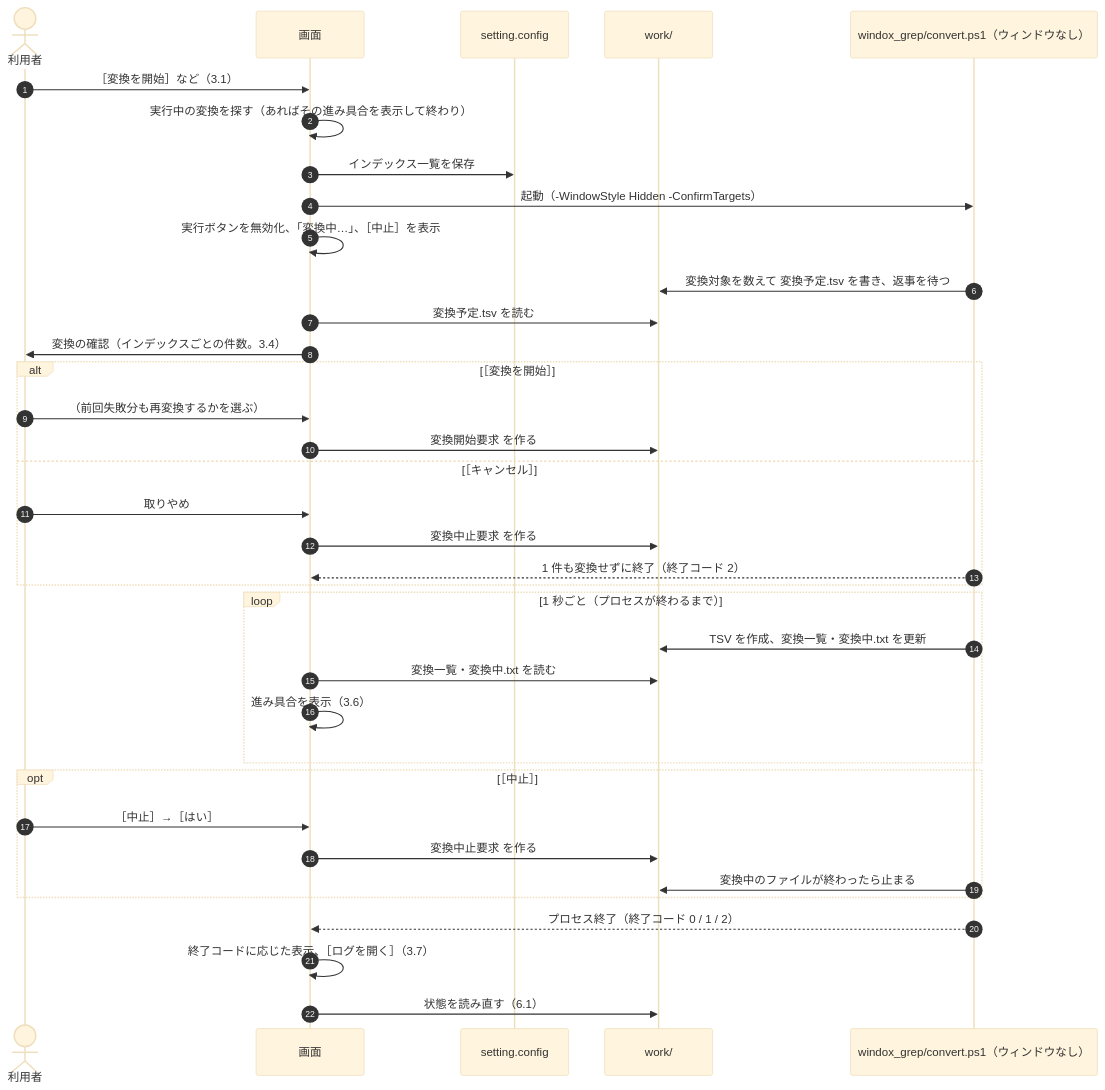
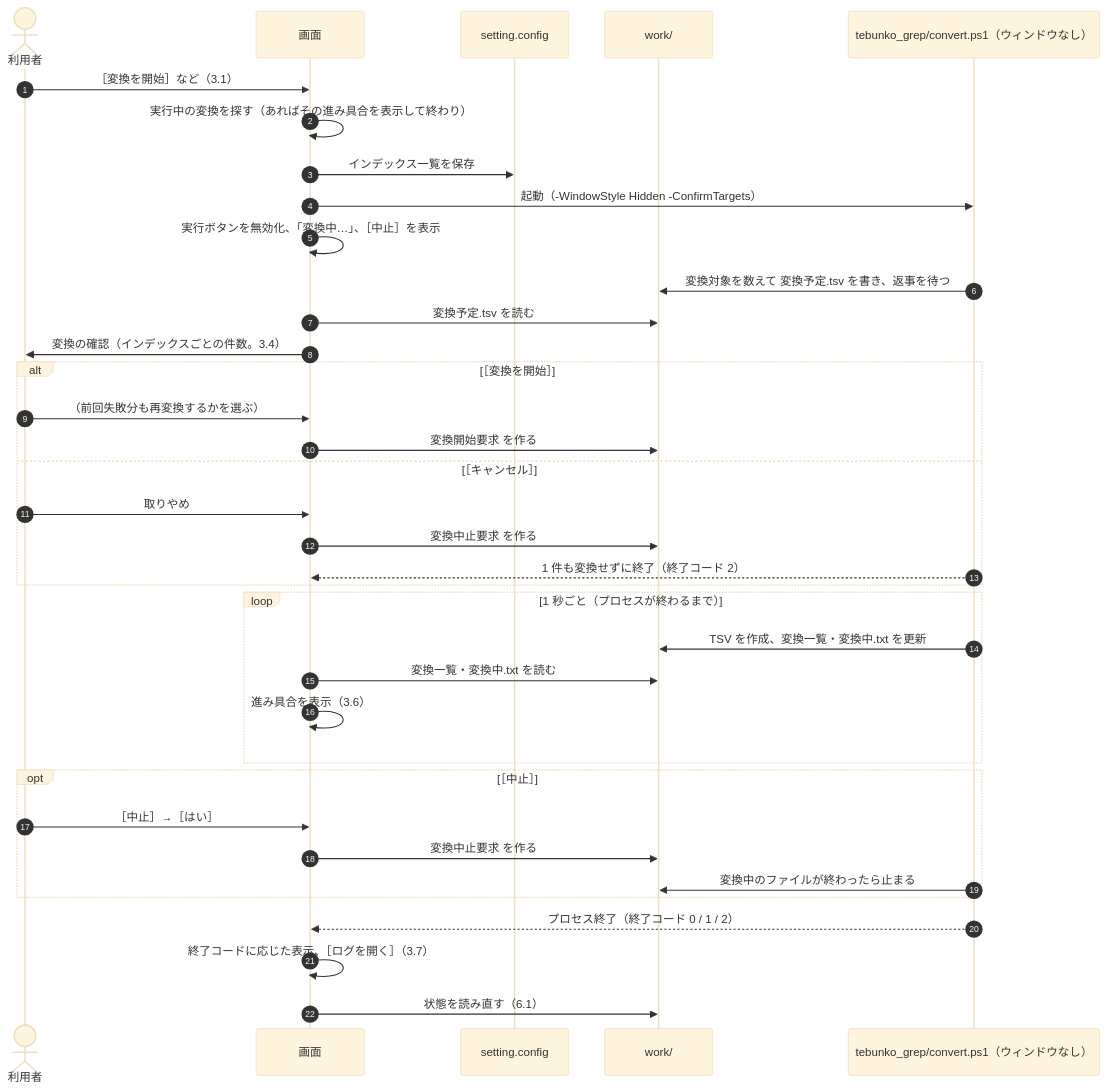
One commit to hsgwa/tebunko changed the third of 4 diagrams in docs/03_画面_4_状態と操作の流れ.md. Above: the diagram before and after it, drawn with Mermaid (base theme). The commit also changed other lines of this file and 108 other files, not shown here.

First line of the commit message:
リポジトリ名を tebunko にし、ツール名を tebunko_grep へ改める

````diff
--- a/docs/03_画面_4_状態と操作の流れ.md
+++ b/docs/03_画面_4_状態と操作の流れ.md
@@ -80,39 +80,39 @@
 ```mermaid
 sequenceDiagram
     autonumber
     actor U as 利用者
     participant G as 画面
     participant C as setting.config
     participant W as work/
-    participant P as windox_grep/convert.ps1（ウィンドウなし）
+    participant P as tebunko_grep/convert.ps1（ウィンドウなし）
 
     U->>G: ［変換を開始］など（3.1）
     G->>G: 実行中の変換を探す（あればその進み具合を表示して終わり）
     G->>C: インデックス一覧を保存
     G->>P: 起動（-WindowStyle Hidden -ConfirmTargets）
     G->>G: 実行ボタンを無効化、「変換中…」、［中止］を表示
     P->>W: 変換対象を数えて 変換予定.tsv を書き、返事を待つ
     G->>W: 変換予定.tsv を読む
     G->>U: 変換の確認（インデックスごとの件数。3.4）
     alt ［変換を開始］
         U->>G: （前回失敗分も再変換するかを選ぶ）
         G->>W: 変換開始要求 を作る
     else ［キャンセル］
         U->>G: 取りやめ
         G->>W: 変換中止要求 を作る
         P-->>G: 1 件も変換せずに終了（終了コード 2）
     end
     loop 1 秒ごと（プロセスが終わるまで）
         P->>W: TSV を作成、変換一覧・変換中.txt を更新
         G->>W: 変換一覧・変換中.txt を読む
         G->>G: 進み具合を表示（3.6）
     end
     opt ［中止］
         U->>G: ［中止］→［はい］
         G->>W: 変換中止要求 を作る
         P->>W: 変換中のファイルが終わったら止まる
     end
     P-->>G: プロセス終了（終了コード 0 / 1 / 2）
     G->>G: 終了コードに応じた表示、［ログを開く］（3.7）
     G->>W: 状態を読み直す（6.1）
 ```
````
